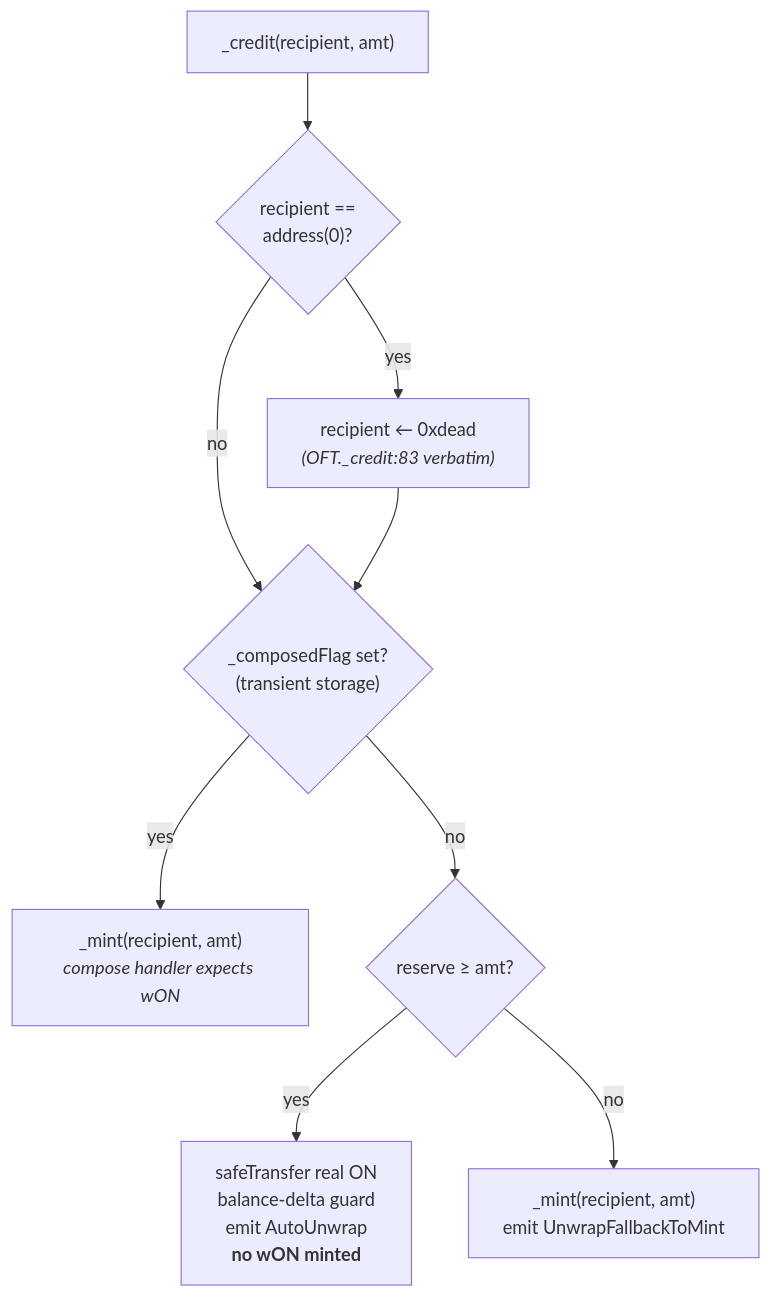
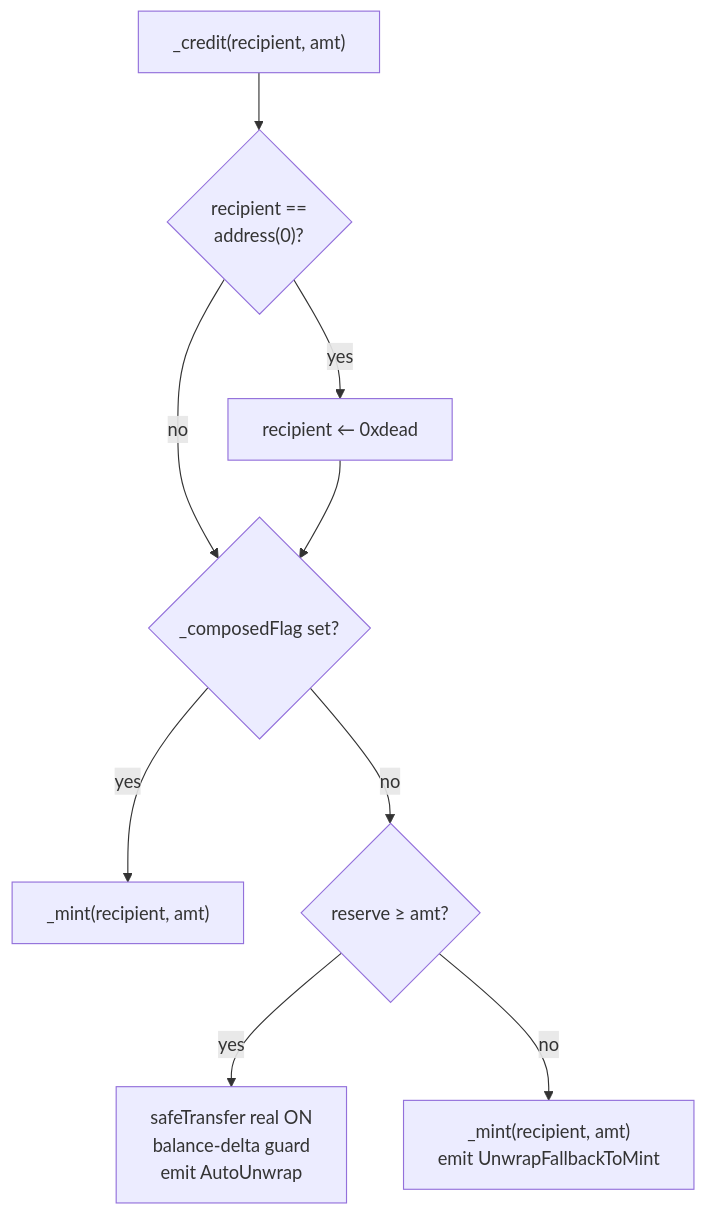
The third of 3 diagrams in docs/ARCHITECTURE.md (orochi-network/bridge), drawn with Mermaid before and after one commit. The commit also changed other lines of this file and 6 other files, not shown here.

````diff
--- a/docs/ARCHITECTURE.md
+++ b/docs/ARCHITECTURE.md
@@ -121,11 +115,11 @@
 ```mermaid
 flowchart TD
     A["_credit(recipient, amt)"] --> Z{"recipient ==<br/>address(0)?"}
-    Z -->|yes| ZR["recipient ← 0xdead<br/><i>(OFT._credit:83 verbatim)</i>"]
+    Z -->|yes| ZR["recipient ← 0xdead"]
     Z -->|no| D
-    ZR --> D{"_composedFlag set?<br/>(transient storage)"}
-    D -->|yes| F["_mint(recipient, amt)<br/><i>compose handler expects wON</i>"]
+    ZR --> D{"_composedFlag set?"}
+    D -->|yes| F["_mint(recipient, amt)"]
     D -->|no| G{"reserve ≥ amt?"}
-    G -->|yes| H["safeTransfer real ON<br/>balance-delta guard<br/>emit AutoUnwrap<br/><b>no wON minted</b>"]
+    G -->|yes| H["safeTransfer real ON<br/>balance-delta guard<br/>emit AutoUnwrap"]
     G -->|no| I["_mint(recipient, amt)<br/>emit UnwrapFallbackToMint"]
 ```
````
